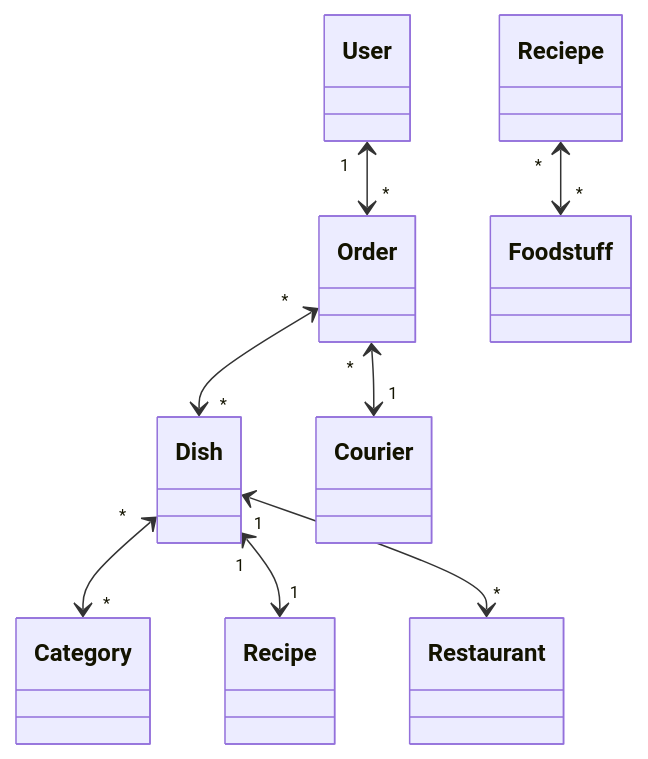
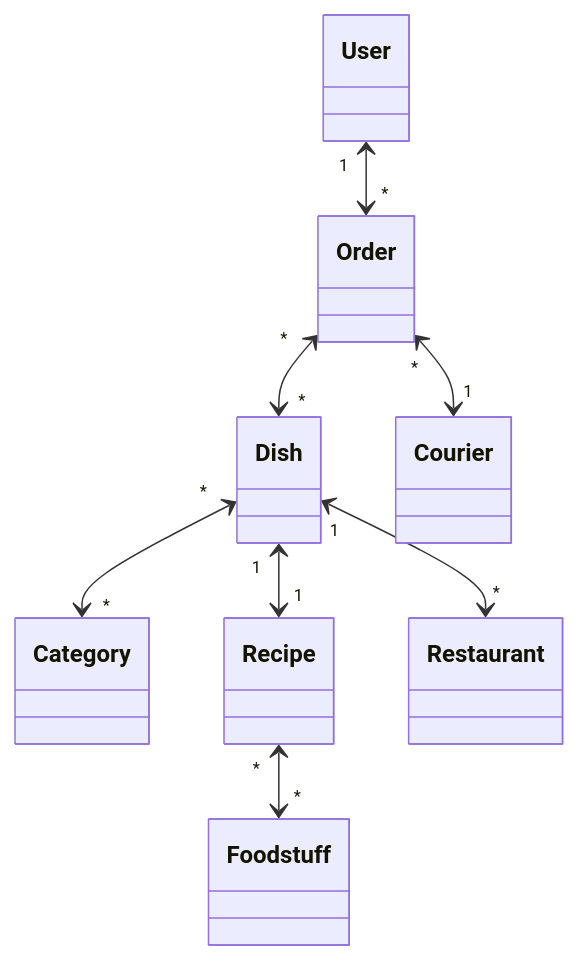
Before and after one commit to akvamarinel/HighLoad: the diagram in README.md, drawn with Mermaid.

Commit message:
docs: update documentation (README.md)

````diff
--- a/README.md
+++ b/README.md
@@ -12,10 +12,10 @@
 ```mermaid
 	classDiagram
 	User "1" <--> "*" Order
 	Order "*" <--> "*" Dish
 	Order "*" <--> "1" Courier
 	Dish "*" <--> "*" Category
 	Dish "1" <--> "1" Recipe
-	Reciepe "*" <--> "*" Foodstuff 
+	Recipe "*" <--> "*" Foodstuff 
 	Dish "1" <--> "*" Restaurant
 ```
````
